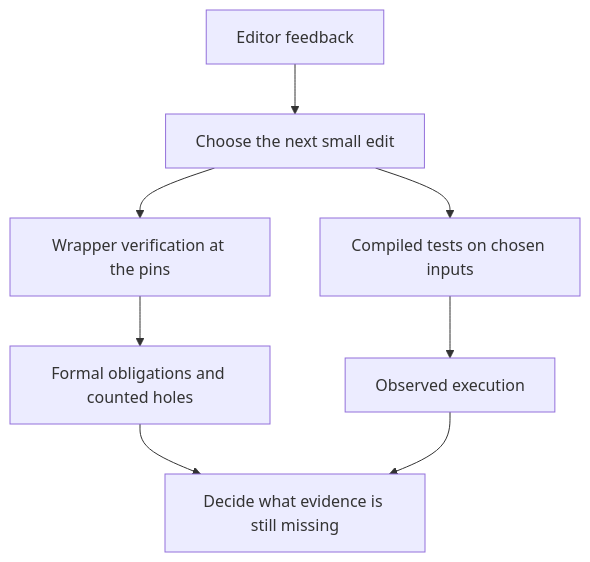
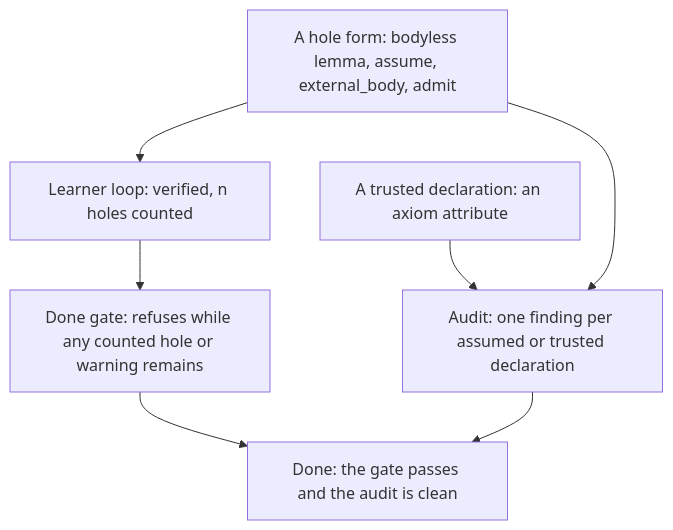
One commit to leobwang/dafny-verus-learn-0 changed the second of 3 diagrams in docs/R01_Hello.md. Above: the diagram before and after it, drawn with Mermaid. The commit also changed other lines of this file and 58 other files, not shown here.

````diff
--- a/docs/R01_Hello.md
+++ b/docs/R01_Hello.md
@@ -123,10 +1280,9 @@
 ```mermaid
 flowchart TD
-  E["Editor feedback"] --> N["Choose the next small edit"]
-  N --> W["Wrapper verification at the pins"]
-  W --> P["Formal obligations and counted holes"]
-  N --> T["Compiled tests on chosen inputs"]
-  T --> X["Observed execution"]
-  P --> A["Decide what evidence is still missing"]
-  X --> A
+  F["A hole form: bodyless lemma, assume, external_body, admit"] --> L["Learner loop: verified, n holes counted"]
+  X["A trusted declaration: an axiom attribute"] --> A["Audit: one finding per assumed or trusted declaration"]
+  F --> A
+  L --> G["Done gate: refuses while any counted hole or warning remains"]
+  G --> Done["Done: the gate passes and the audit is clean"]
+  A --> Done
 ```
````
